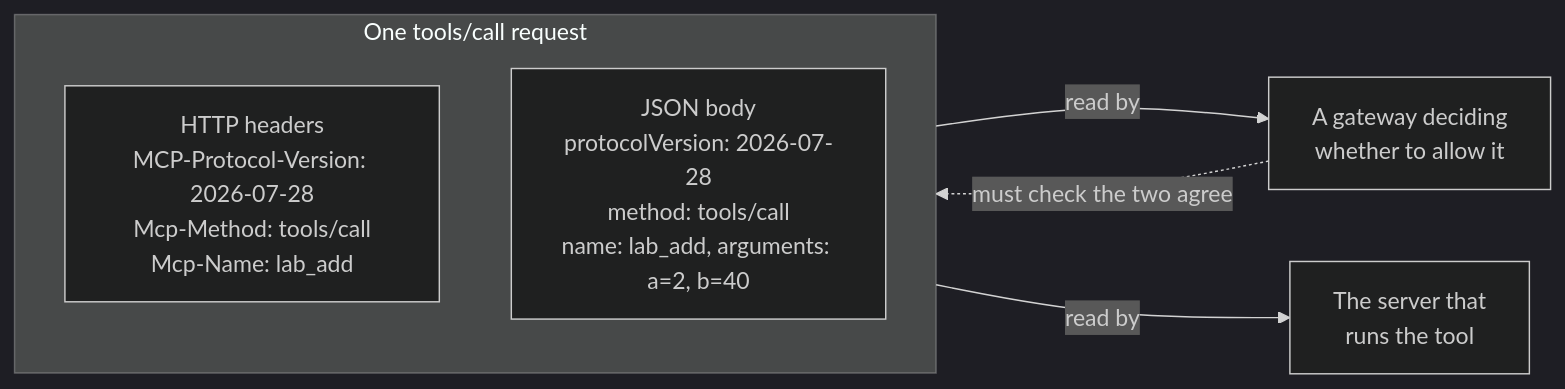
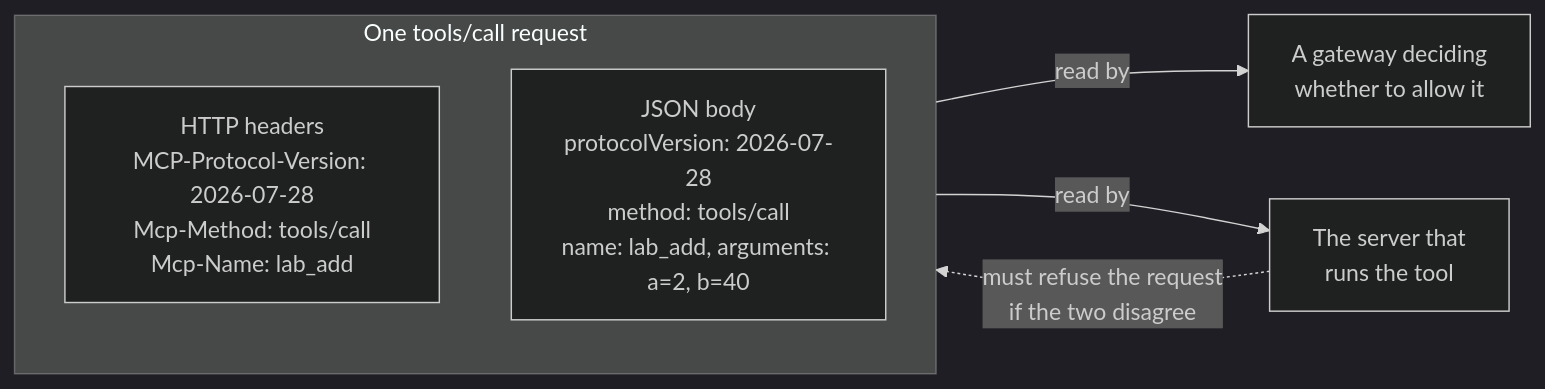
Before and after one commit to chief-builder/secure-claude-code-mcp-llm-gateway: the second of 2 diagrams in docs/concepts/mcp-request.md, drawn with Mermaid (dark theme). The commit also changed other lines of this file and 8 other files, not shown here.

````diff
--- a/docs/concepts/mcp-request.md
+++ b/docs/concepts/mcp-request.md
@@ -35,11 +35,11 @@
 ```mermaid
 flowchart LR
     subgraph REQ["One tools/call request"]
         direction TB
         H["HTTP headers<br/>MCP-Protocol-Version: 2026-07-28<br/>Mcp-Method: tools/call<br/>Mcp-Name: lab_add"]
         B["JSON body<br/>protocolVersion: 2026-07-28<br/>method: tools/call<br/>name: lab_add, arguments: a=2, b=40"]
     end
     H -->|"read by"| G["A gateway deciding<br/>whether to allow it"]
     B -->|"read by"| S["The server that<br/>runs the tool"]
-    G -.->|"must check the two agree"| B
+    S -.->|"must refuse the request<br/>if the two disagree"| H
 ```
````
